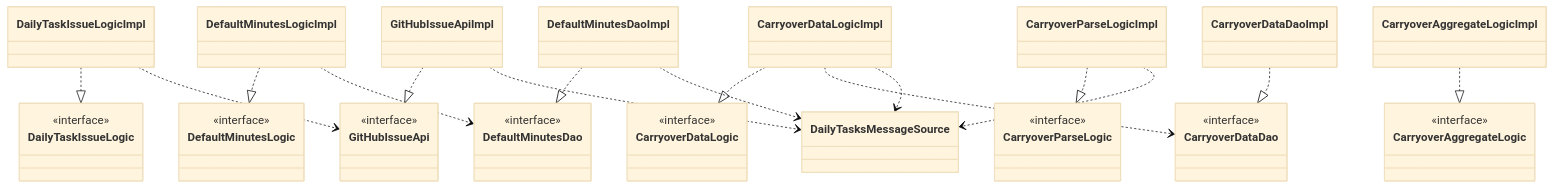
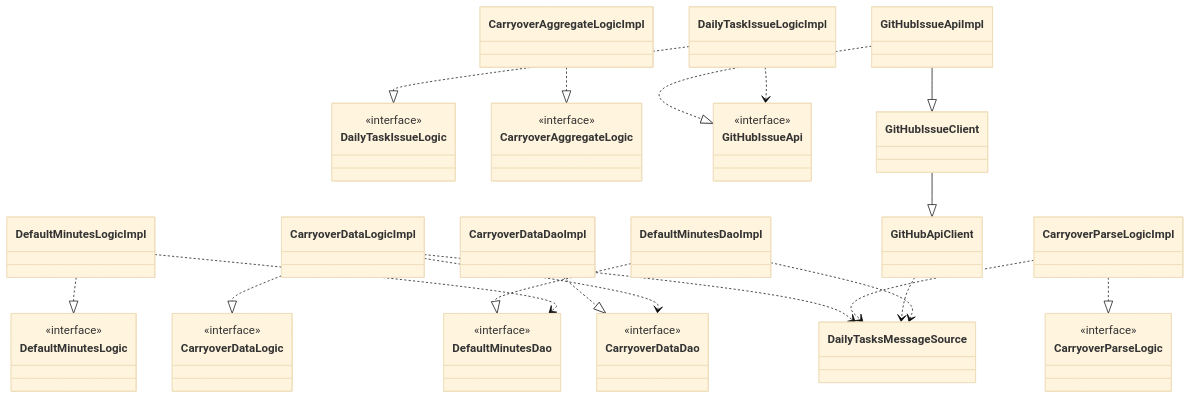
Before and after one commit to KenichiroArai/kb002_daily-tasks_doc: the third of 3 diagrams in docs/design/backend/04-modules.md, drawn with Mermaid (base theme). The commit also changed other lines of this file and 2 other files, not shown here.

First paragraph of the commit message:
#3 GitHub API 層を共通 HTTP・Issue 取得・持ち越し実装に分けた設計へ合わせる
GitHub Issue 取得が GitHubIssueApiImpl 一枚に見えていたため、共通 HTTP・Issue の
単件／ページ取得・持ち越し固有のページング／PR 除外の責務境界が設計書から読めない。
実装で GitHubApiClient → GitHubIssueClient → GitHubIssueApiImpl に分けたので、
パッケージ構成・変換責任・モジュール図と役割表を同じ階層に揃える。

````diff
--- a/docs/design/backend/04-modules.md
+++ b/docs/design/backend/04-modules.md
@@ -115,52 +115,56 @@
 ```mermaid
 classDiagram
   class DailyTaskIssueLogic {
     <<interface>>
   }
   class DailyTaskIssueLogicImpl
   class DefaultMinutesLogic {
     <<interface>>
   }
   class DefaultMinutesLogicImpl
   class CarryoverDataLogic {
     <<interface>>
   }
   class CarryoverDataLogicImpl
   class CarryoverParseLogic {
     <<interface>>
   }
   class CarryoverParseLogicImpl
   class CarryoverAggregateLogic {
     <<interface>>
   }
   class CarryoverAggregateLogicImpl
   class GitHubIssueApi {
     <<interface>>
   }
+  class GitHubApiClient
+  class GitHubIssueClient
   class GitHubIssueApiImpl
   class CarryoverDataDao {
     <<interface>>
   }
   class CarryoverDataDaoImpl
   class DefaultMinutesDao {
     <<interface>>
   }
   class DefaultMinutesDaoImpl
   class DailyTasksMessageSource
 
   DailyTaskIssueLogicImpl ..|> DailyTaskIssueLogic
   DefaultMinutesLogicImpl ..|> DefaultMinutesLogic
   CarryoverDataLogicImpl ..|> CarryoverDataLogic
   CarryoverParseLogicImpl ..|> CarryoverParseLogic
   CarryoverAggregateLogicImpl ..|> CarryoverAggregateLogic
+  GitHubIssueClient --|> GitHubApiClient
+  GitHubIssueApiImpl --|> GitHubIssueClient
   GitHubIssueApiImpl ..|> GitHubIssueApi
   CarryoverDataDaoImpl ..|> CarryoverDataDao
   DefaultMinutesDaoImpl ..|> DefaultMinutesDao
   DailyTaskIssueLogicImpl ..> GitHubIssueApi
   DefaultMinutesLogicImpl ..> DefaultMinutesDao
   CarryoverDataLogicImpl ..> CarryoverDataDao
   CarryoverDataLogicImpl ..> DailyTasksMessageSource
   CarryoverParseLogicImpl ..> DailyTasksMessageSource
-  GitHubIssueApiImpl ..> DailyTasksMessageSource
+  GitHubApiClient ..> DailyTasksMessageSource
   DefaultMinutesDaoImpl ..> DailyTasksMessageSource
 ```
````
